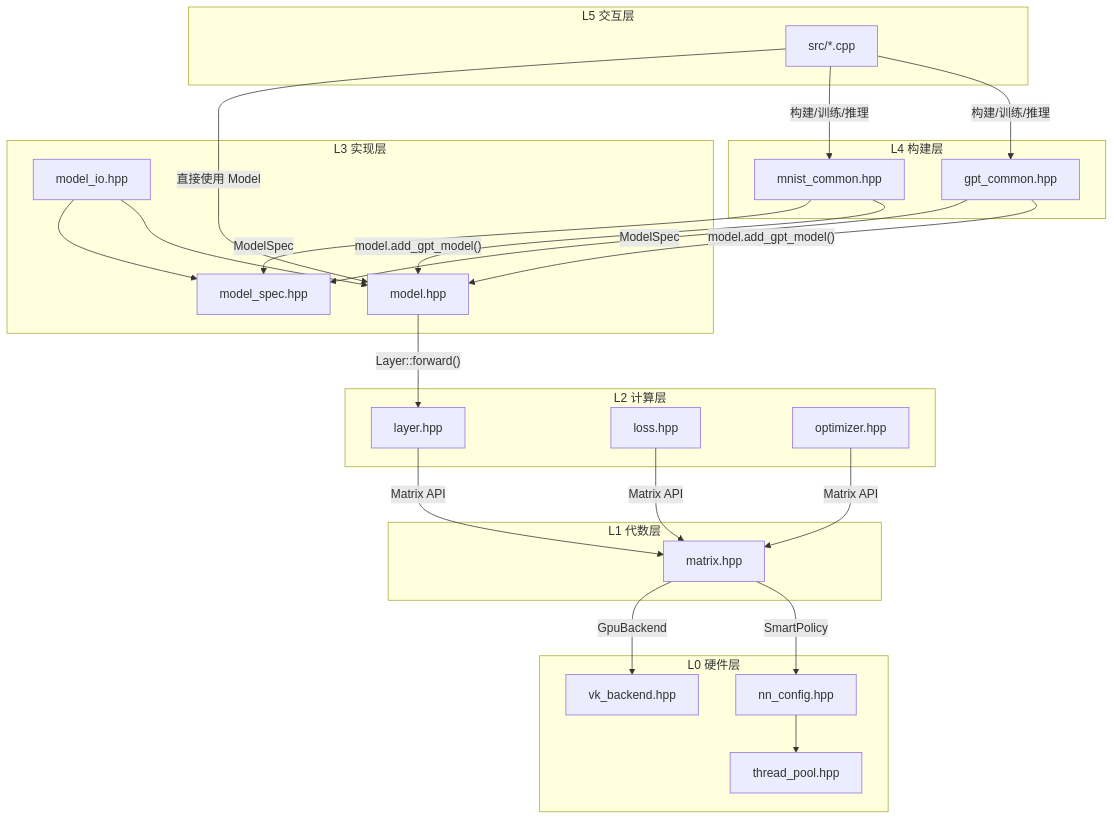
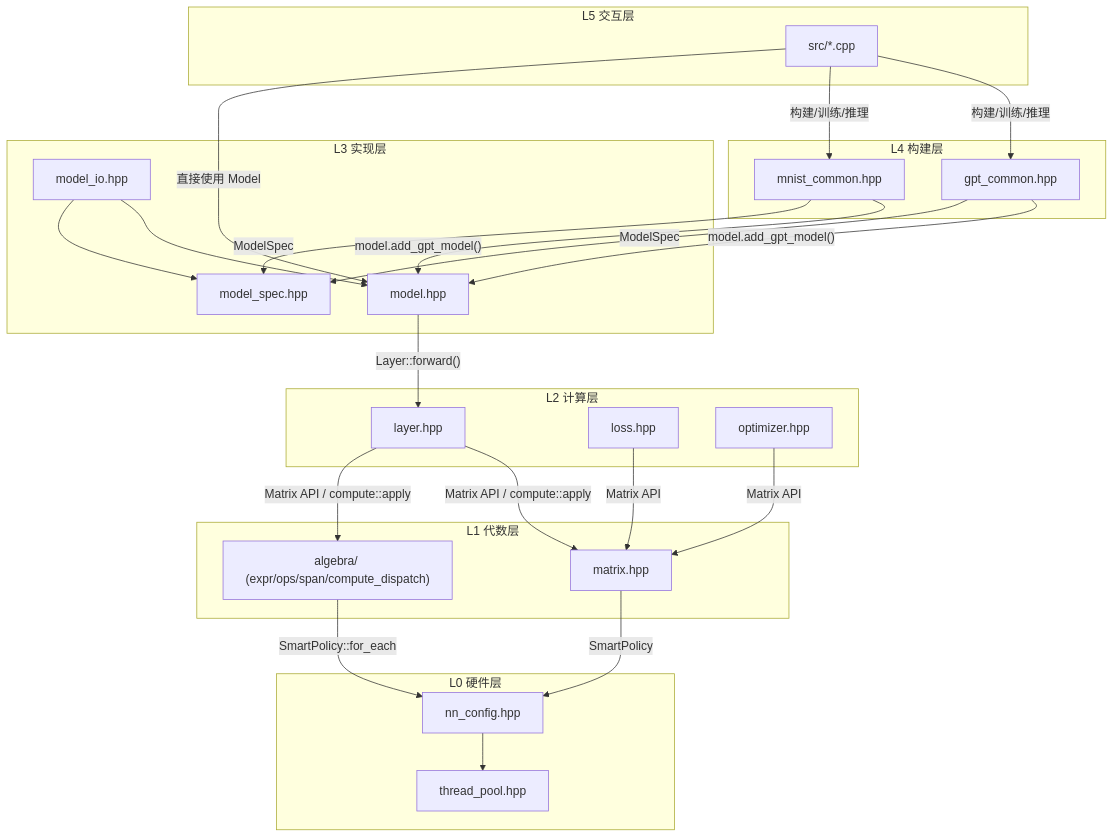
One commit to EthanPeng-2048/neuralnet.cpp changed the diagram in docs/DEVELOPMENT_STANDARDS.md. Above: the diagram before and after it, drawn with Mermaid. The commit also changed other lines of this file and 51 other files, not shown here.

````diff
--- a/docs/DEVELOPMENT_STANDARDS.md
+++ b/docs/DEVELOPMENT_STANDARDS.md
@@ -212,41 +209,41 @@
 ```mermaid
 graph TB
     subgraph "L5 交互层"
         SRC["src/*.cpp"]
     end
     subgraph "L4 构建层"
         GPT["gpt_common.hpp"]
         MNIST["mnist_common.hpp"]
     end
     subgraph "L3 实现层"
         MDL["model.hpp"]
         MS["model_spec.hpp"]
         IO["model_io.hpp"]
     end
     subgraph "L2 计算层"
         LAY["layer.hpp"]
         LOSS["loss.hpp"]
         OPT["optimizer.hpp"]
     end
     subgraph "L1 代数层"
         MAT["matrix.hpp"]
+        ALG["algebra/ (expr/ops/span/compute_dispatch)"]
     end
     subgraph "L0 硬件层"
         CFG["nn_config.hpp"]
         TP["thread_pool.hpp"]
-        VK["vk_backend.hpp"]
     end
 
     SRC -->|"构建/训练/推理"| GPT & MNIST
     SRC -->|"直接使用 Model"| MDL
     GPT & MNIST -->|"model.add_gpt_model()"| MDL
     GPT & MNIST -->|"ModelSpec"| MS
     MDL -->|"Layer::forward()"| LAY
     IO --> MDL & MS
-    LAY -->|"Matrix API"| MAT
+    LAY -->|"Matrix API / compute::apply"| MAT & ALG
     LOSS -->|"Matrix API"| MAT
     OPT -->|"Matrix API"| MAT
     MAT -->|"SmartPolicy"| CFG
-    MAT -->|"GpuBackend"| VK
+    ALG -->|"SmartPolicy::for_each"| CFG
     CFG --> TP
 ```
````
